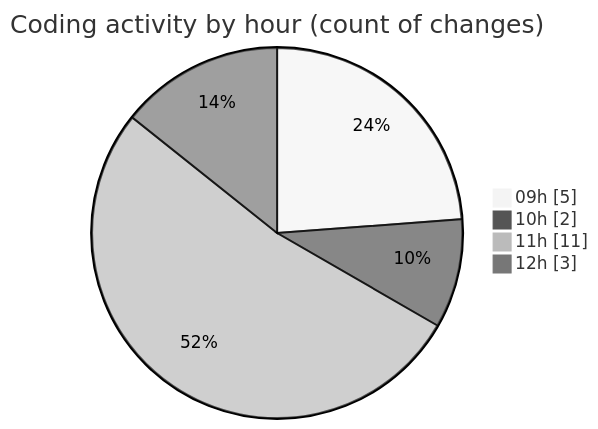
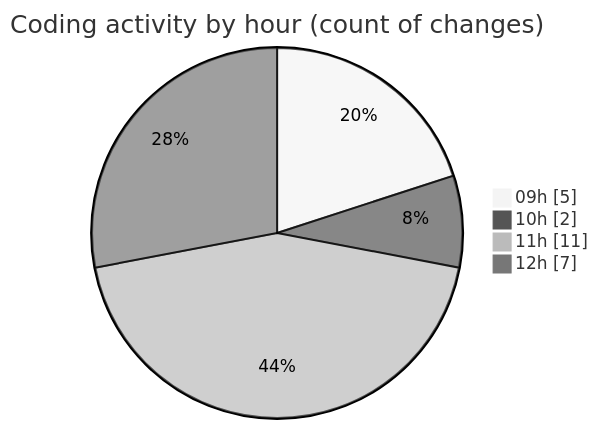
The second of 2 diagrams in 2026-03-11/cda/README.md (momahboobian/code-tracking), drawn with Mermaid (neutral theme) before and after one commit. The commit also changed other lines of this file and 1 other file, not shown here.

````diff
--- a/2026-03-11/cda/README.md
+++ b/2026-03-11/cda/README.md
@@ -39,8 +42,8 @@
 ```mermaid
 pie showData
 title Coding activity by hour (count of changes)
 "09h" : 5
 "10h" : 2
 "11h" : 11
-"12h" : 3
+"12h" : 7
 ```
````
